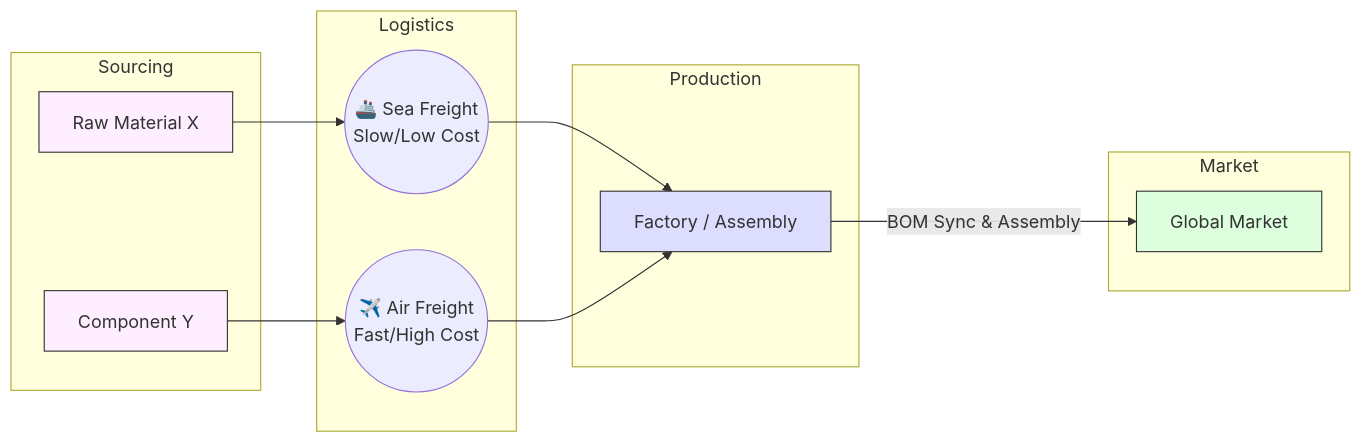
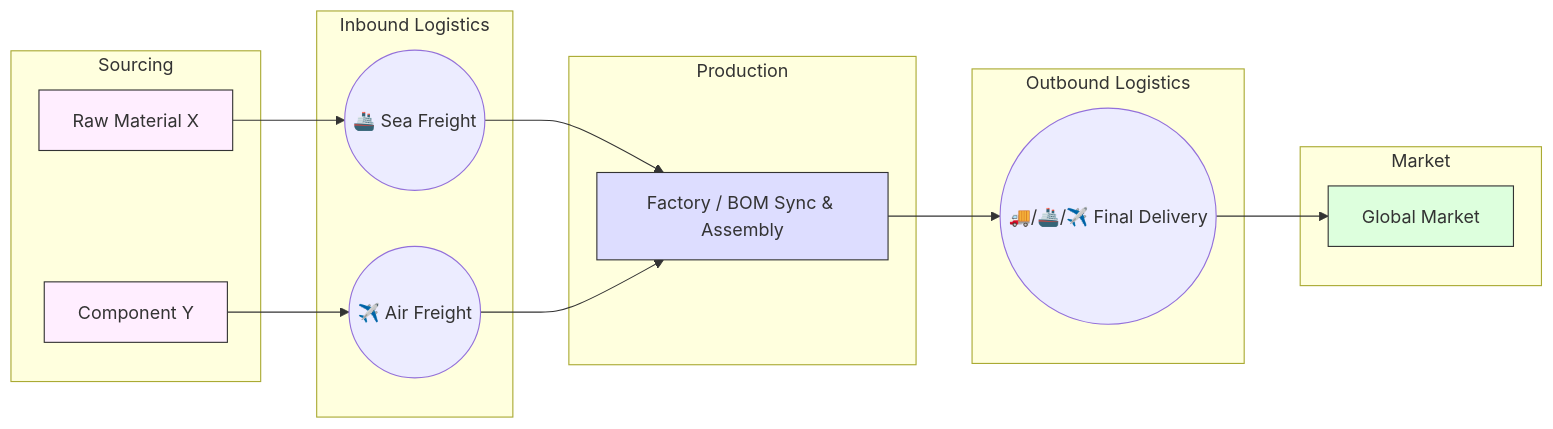
Before and after one commit to miumigy/gsctycn: the first of 3 diagrams in README.md, drawn with Mermaid. The commit also changed 1 other file, not shown here.

Commit message:
docs: refine BOM Mermaid diagram to reflect BOM sync in Production and add Outbound Logistics

````diff
--- a/README.md
+++ b/README.md
@@ -14,31 +14,36 @@
 ```mermaid
 graph LR
     subgraph Sourcing ["Sourcing"]
         RM[Raw Material X]
         PT[Component Y]
     end
 
-    subgraph Logistics ["Logistics"]
-        Air((✈️ Air Freight<br/>Fast/High Cost))
-        Sea((🚢 Sea Freight<br/>Slow/Low Cost))
+    subgraph Inbound ["Inbound Logistics"]
+        Air((✈️ Air Freight))
+        Sea((🚢 Sea Freight))
     end
 
     subgraph Production ["Production"]
-        Fact[Factory / Assembly]
+        Fact[Factory / BOM Sync & Assembly]
+    end
+
+    subgraph Outbound ["Outbound Logistics"]
+        Delivery((🚚/🚢/✈️ Final Delivery))
     end
 
     subgraph Distribution ["Market"]
         Mkt[Global Market]
     end
 
     RM --> Sea
     PT --> Air
     Sea --> Fact
     Air --> Fact
-    Fact -- "BOM Sync & Assembly" --> Mkt
+    Fact --> Delivery
+    Delivery --> Mkt
 
     style RM fill:#fef,stroke:#333
     style PT fill:#fef,stroke:#333
     style Fact fill:#ddf,stroke:#333
     style Mkt fill:#dfd,stroke:#333
 ```
````
